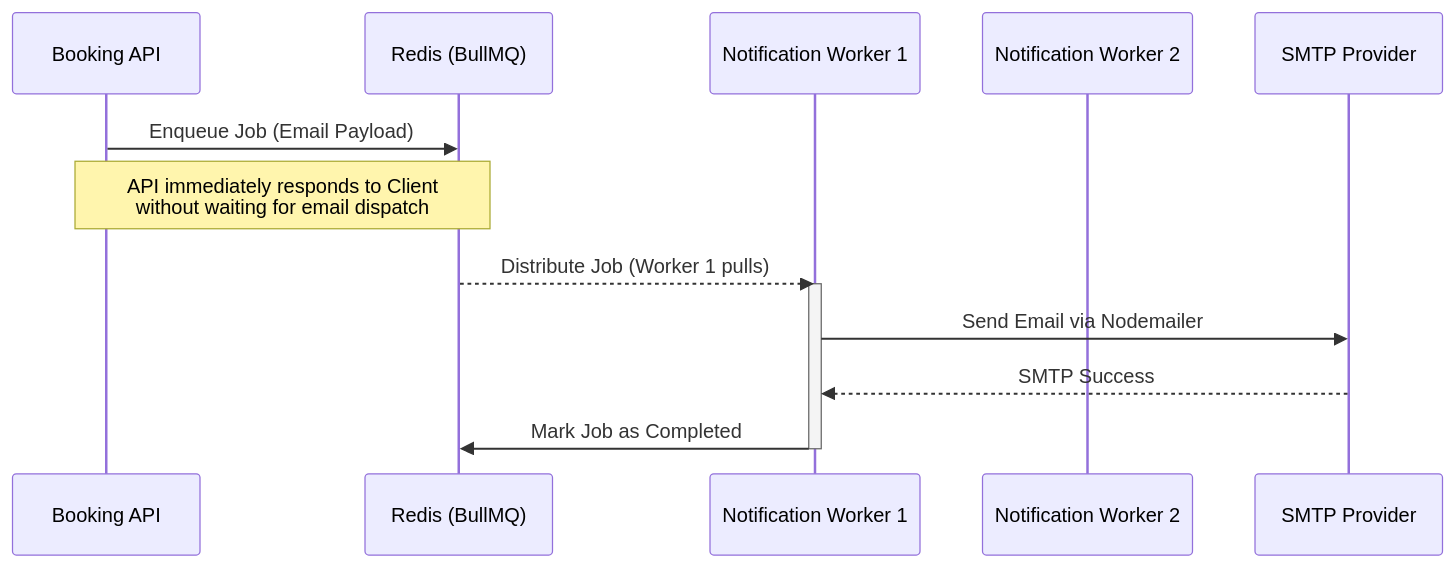
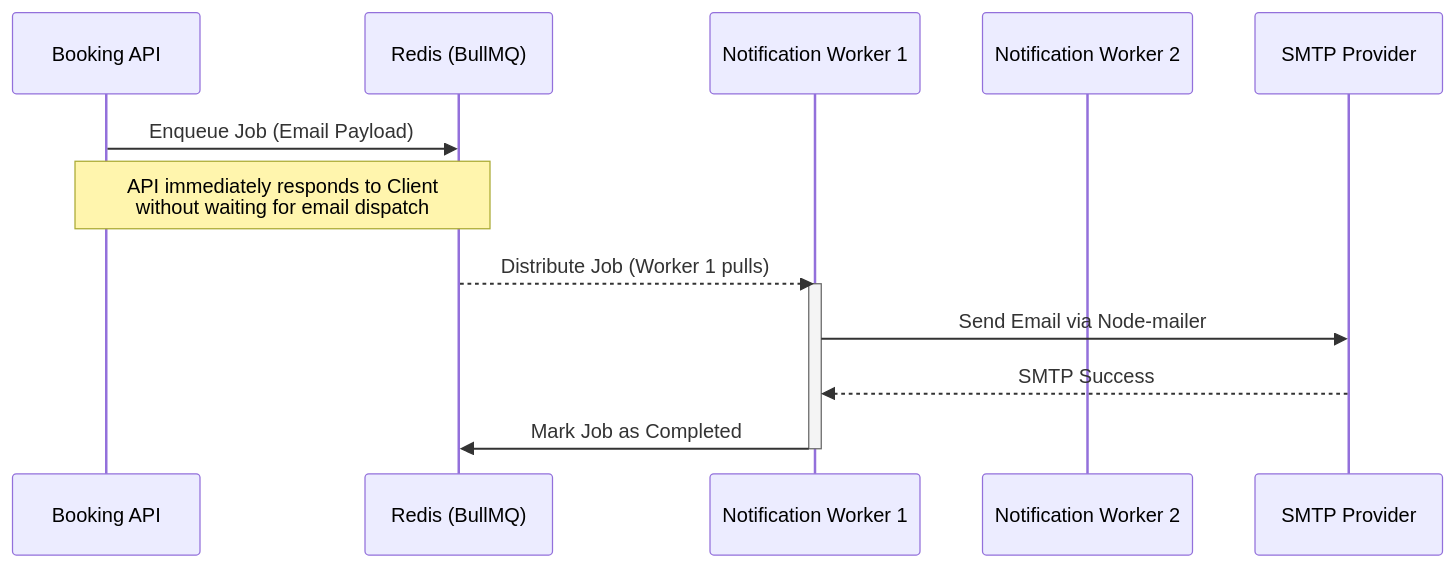
One commit to mustafamubashir03/booking-backend changed the second of 2 diagrams in README.md. Above: the diagram before and after it, drawn with Mermaid. The commit also changed other lines of this file, not shown here.

````diff
--- a/README.md
+++ b/README.md
@@ -81,18 +81,18 @@
 ```mermaid
 sequenceDiagram
     participant API as Booking API
     participant R as Redis (BullMQ)
     participant N1 as Notification Worker 1
     participant N2 as Notification Worker 2
     participant E as SMTP Provider
 
     API->>R: Enqueue Job (Email Payload)
     Note over API, R: API immediately responds to Client<br/>without waiting for email dispatch
     
     R-->>N1: Distribute Job (Worker 1 pulls)
     activate N1
-    N1->>E: Send Email via Nodemailer
+    N1->>E: Send Email via Node-mailer
     E-->>N1: SMTP Success
     N1->>R: Mark Job as Completed
     deactivate N1
 ```
````
